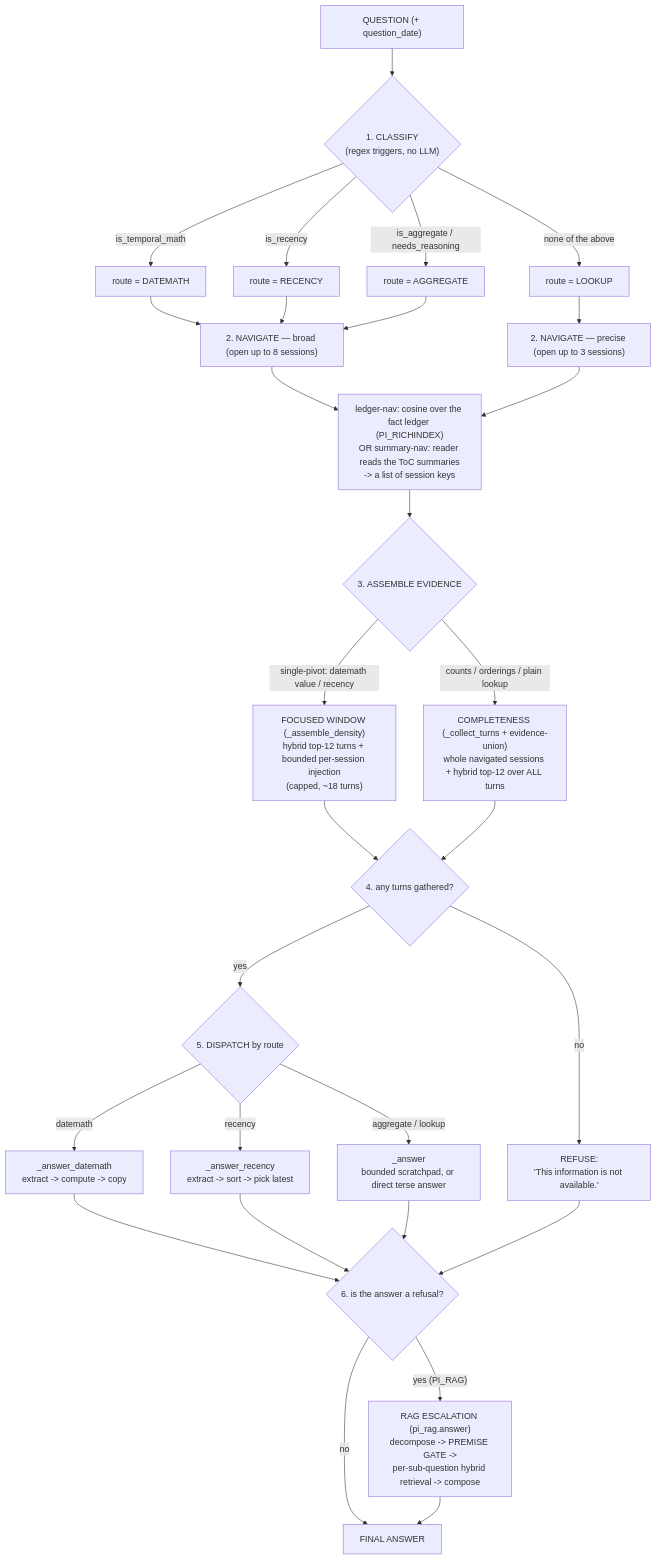
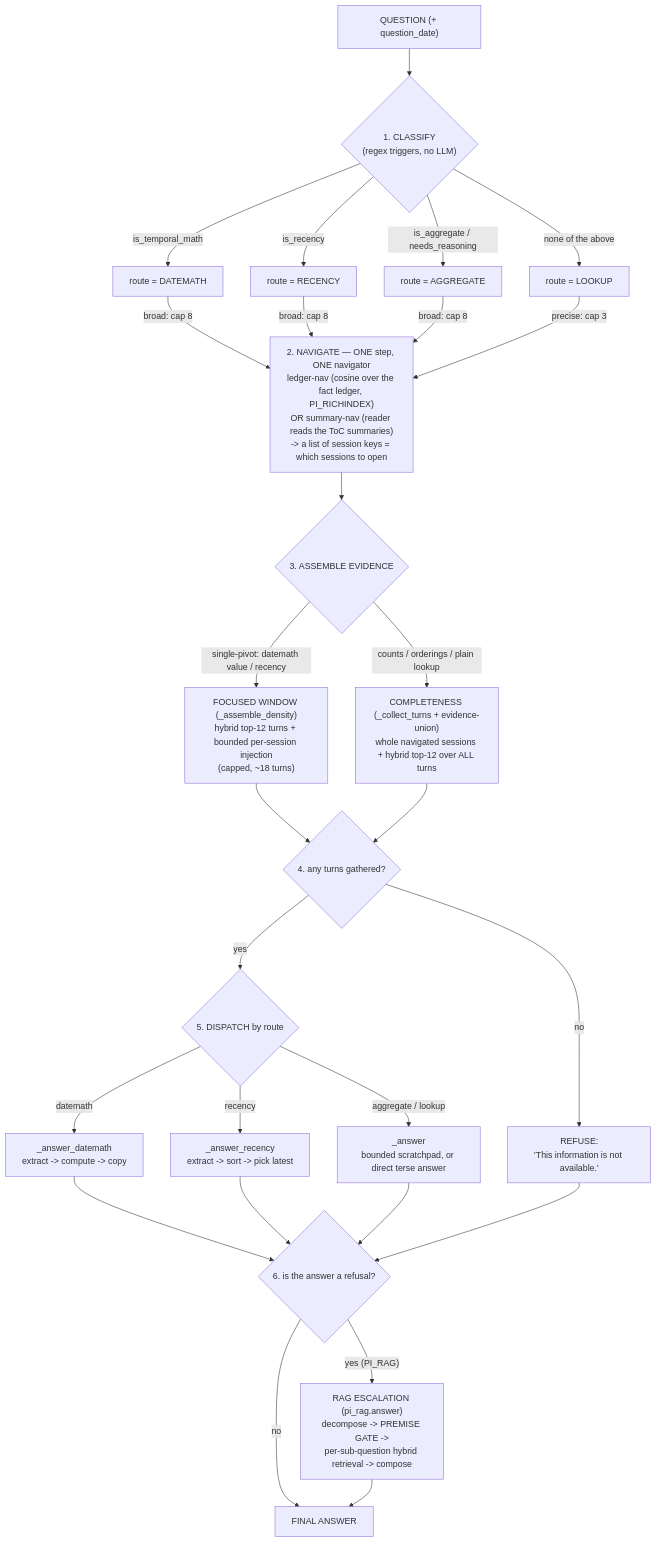
Before and after one commit to Sanjeevhegde009/skim-research: the second of 4 diagrams in ARCHITECTURE.md, drawn with Mermaid. The commit also changed other lines of this file, not shown here.

Commit message:
docs: ARCHITECTURE — make navigation unmistakably one step
The query-flow diagram split "decide the cap" and "run the navigator" into
two boxes, which read as two sequential navigation passes. Merge into one
NAV node (cap on the edges: broad 8 / precise 3); state in prose that
exactly one navigator runs (flag-chosen, not sequential) and that its output
is a list of session keys. Add "session key" to the glossary and clarify
that the stage-3 cosine is a different retrieval (over turns, not facts).

````diff
--- a/ARCHITECTURE.md
+++ b/ARCHITECTURE.md
@@ -61,37 +62,36 @@
 ```mermaid
 flowchart TD
     Q["QUESTION (+ question_date)"] --> CL{"1. CLASSIFY<br/>(regex triggers, no LLM)"}
     CL -->|"is_temporal_math"| DM["route = DATEMATH"]
     CL -->|"is_recency"| RC["route = RECENCY"]
     CL -->|"is_aggregate / needs_reasoning"| AG["route = AGGREGATE"]
     CL -->|"none of the above"| LK["route = LOOKUP"]
 
-    DM --> NAVB["2. NAVIGATE — broad (open up to 8 sessions)"]
-    RC --> NAVB
-    AG --> NAVB
-    LK --> NAVP["2. NAVIGATE — precise (open up to 3 sessions)"]
+    DM -->|"broad: cap 8"| NAV
+    RC -->|"broad: cap 8"| NAV
+    AG -->|"broad: cap 8"| NAV
+    LK -->|"precise: cap 3"| NAV
 
-    NAVB --> NAV["ledger-nav: cosine over the fact ledger (PI_RICHINDEX)<br/>OR summary-nav: reader reads the ToC summaries<br/>-> a list of session keys"]
-    NAVP --> NAV
+    NAV["2. NAVIGATE — ONE step, ONE navigator<br/>ledger-nav (cosine over the fact ledger, PI_RICHINDEX)<br/>OR summary-nav (reader reads the ToC summaries)<br/>-> a list of session keys = which sessions to open"]
 
     NAV --> ASM{"3. ASSEMBLE EVIDENCE"}
     ASM -->|"single-pivot: datemath value / recency"| DEN["FOCUSED WINDOW (_assemble_density)<br/>hybrid top-12 turns + bounded per-session injection<br/>(capped, ~18 turns)"]
     ASM -->|"counts / orderings / plain lookup"| COM["COMPLETENESS (_collect_turns + evidence-union)<br/>whole navigated sessions + hybrid top-12 over ALL turns"]
 
     DEN --> T{"4. any turns gathered?"}
     COM --> T
     T -->|"no"| REF["REFUSE:<br/>'This information is not available.'"]
     T -->|"yes"| DISP{"5. DISPATCH by route"}
 
     DISP -->|"datemath"| CDM["_answer_datemath<br/>extract -> compute -> copy"]
     DISP -->|"recency"| CRC["_answer_recency<br/>extract -> sort -> pick latest"]
     DISP -->|"aggregate / lookup"| CAN["_answer<br/>bounded scratchpad, or direct terse answer"]
 
     CDM --> ESC{"6. is the answer a refusal?"}
     CRC --> ESC
     CAN --> ESC
     REF --> ESC
     ESC -->|"no"| FIN["FINAL ANSWER"]
     ESC -->|"yes (PI_RAG)"| RAG["RAG ESCALATION (pi_rag.answer)<br/>decompose -> PREMISE GATE -><br/>per-sub-question hybrid retrieval -> compose"]
     RAG --> FIN
 ```
````
